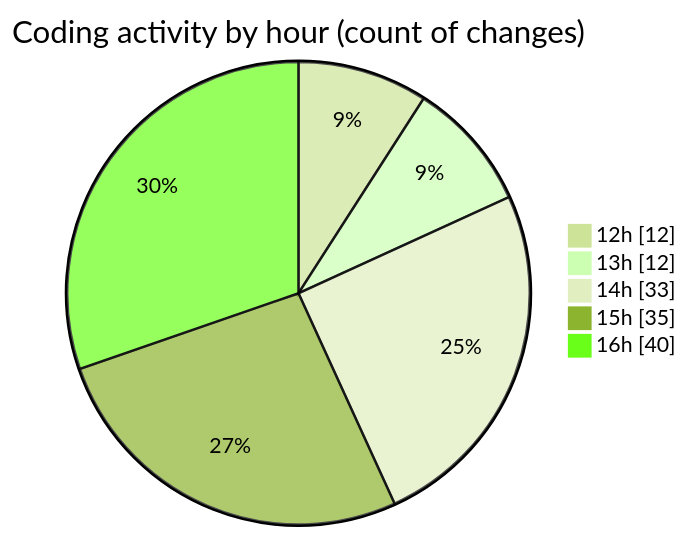
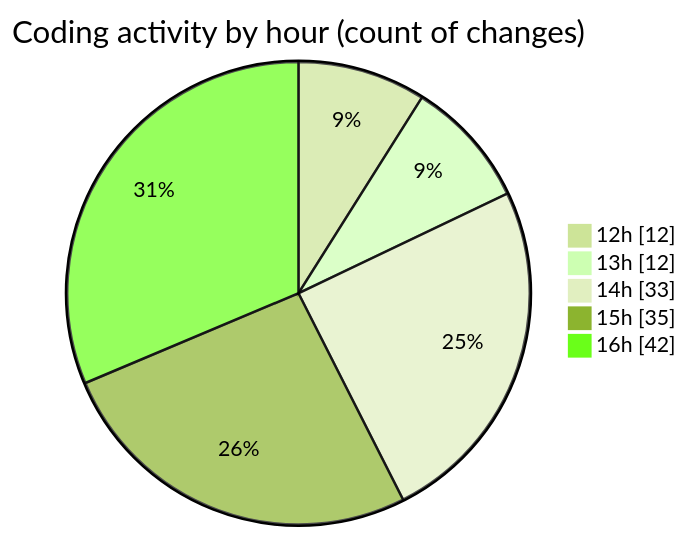
Before and after one commit to momahboobian/code-tracking: the second of 2 diagrams in 2025-09-24/cda/README.md, drawn with Mermaid (forest theme). The commit also changed other lines of this file and 1 other file, not shown here.

````diff
--- a/2025-09-24/cda/README.md
+++ b/2025-09-24/cda/README.md
@@ -40,9 +40,9 @@
 ```mermaid
 pie showData
 title Coding activity by hour (count of changes)
 "12h" : 12
 "13h" : 12
 "14h" : 33
 "15h" : 35
-"16h" : 40
+"16h" : 42
 ```
````
